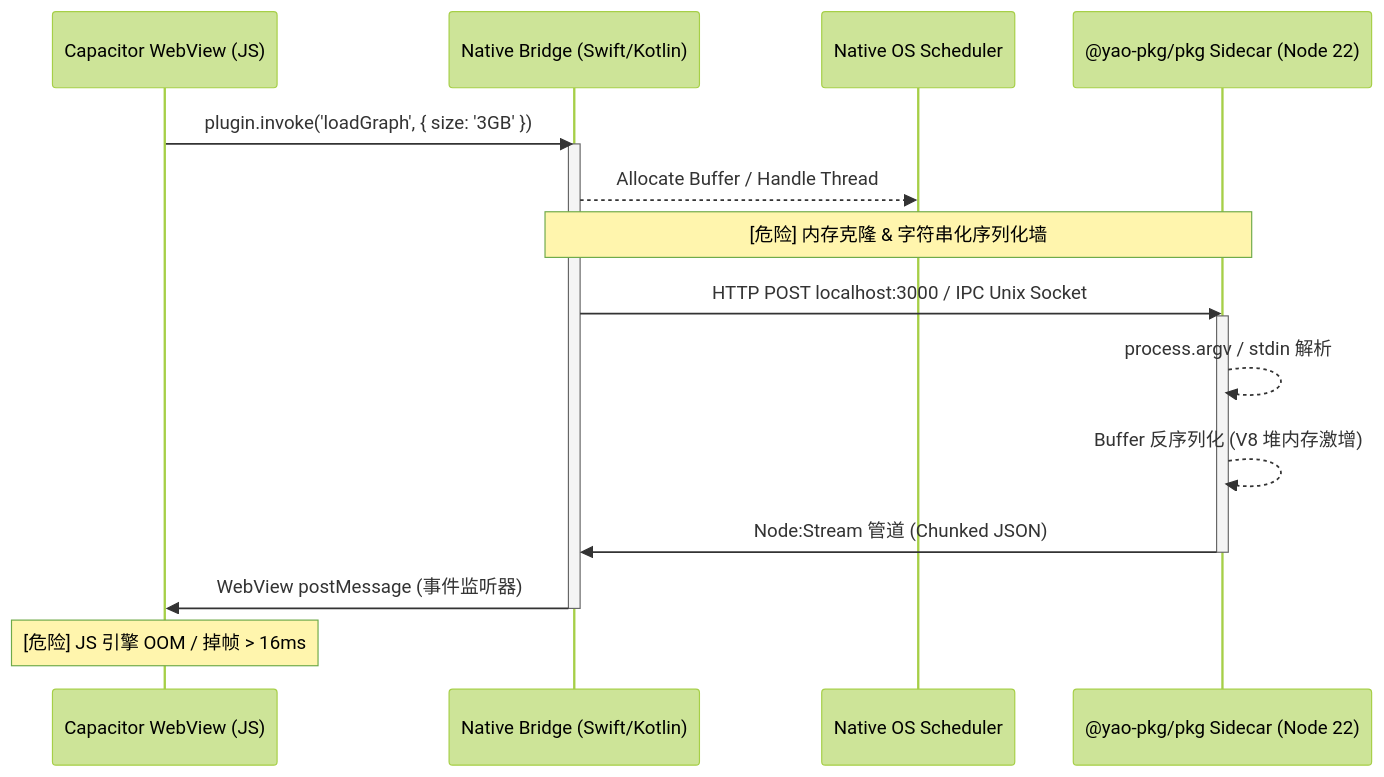
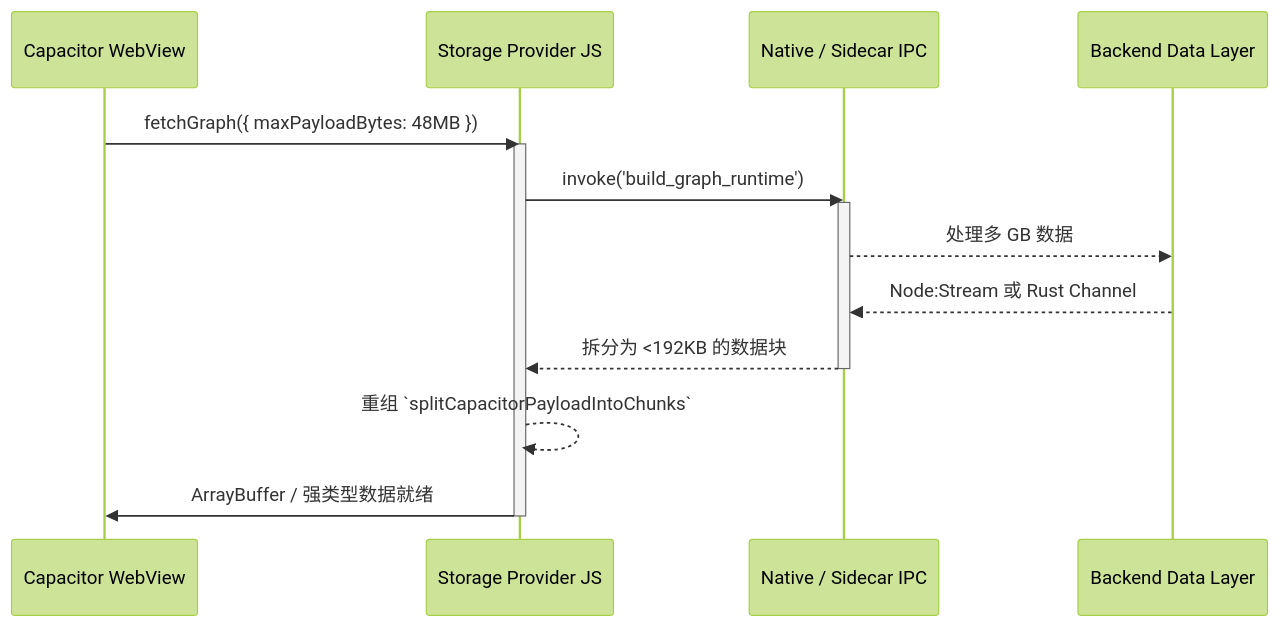
Before and after one commit to Jacobinwwey/NoteConnection: the first of 2 diagrams in docs/zh/fixrisk_TODO.md, drawn with Mermaid (forest theme). The commit also changed other lines of this file and 5 other files, not shown here.

````diff
--- a/docs/zh/fixrisk_TODO.md
+++ b/docs/zh/fixrisk_TODO.md
@@ -58,21 +58,19 @@
 ```mermaid
 sequenceDiagram
-    participant WV as Capacitor WebView (JS)
-    participant Bridge as Native Bridge (Swift/Kotlin)
-    participant NS as Native OS Scheduler
-    participant Pkg as @yao-pkg/pkg Sidecar (Node 22)
+    participant WV as Capacitor WebView
+    participant Bridge as Storage Provider JS
+    participant IPC as Native / Sidecar IPC
+    participant Core as Backend Data Layer
     
-    WV->>Bridge: plugin.invoke('loadGraph', { size: '3GB' })
+    WV->>Bridge: fetchGraph({ maxPayloadBytes: 48MB })
     activate Bridge
-    Bridge-->>NS: Allocate Buffer / Handle Thread
-    Note over Bridge, Pkg: [危险] 内存克隆 & 字符串化序列化墙
-    Bridge->>Pkg: HTTP POST localhost:3000 / IPC Unix Socket
-    activate Pkg
-    Pkg-->>Pkg: process.argv / stdin 解析
-    Pkg-->>Pkg: Buffer 反序列化 (V8 堆内存激增)
-    Pkg->>Bridge: Node:Stream 管道 (Chunked JSON)
-    deactivate Pkg
-    Bridge->>WV: WebView postMessage (事件监听器)
+    Bridge->>IPC: invoke('build_graph_runtime')
+    activate IPC
+    IPC-->>Core: 处理多 GB 数据
+    Core-->>IPC: Node:Stream 或 Rust Channel
+    IPC-->>Bridge: 拆分为 <192KB 的数据块
+    deactivate IPC
+    Bridge-->>Bridge: 重组 `splitCapacitorPayloadIntoChunks`
+    Bridge->>WV: ArrayBuffer / 强类型数据就绪
     deactivate Bridge
-    Note over WV: [危险] JS 引擎 OOM / 掉帧 > 16ms
 ```
````
